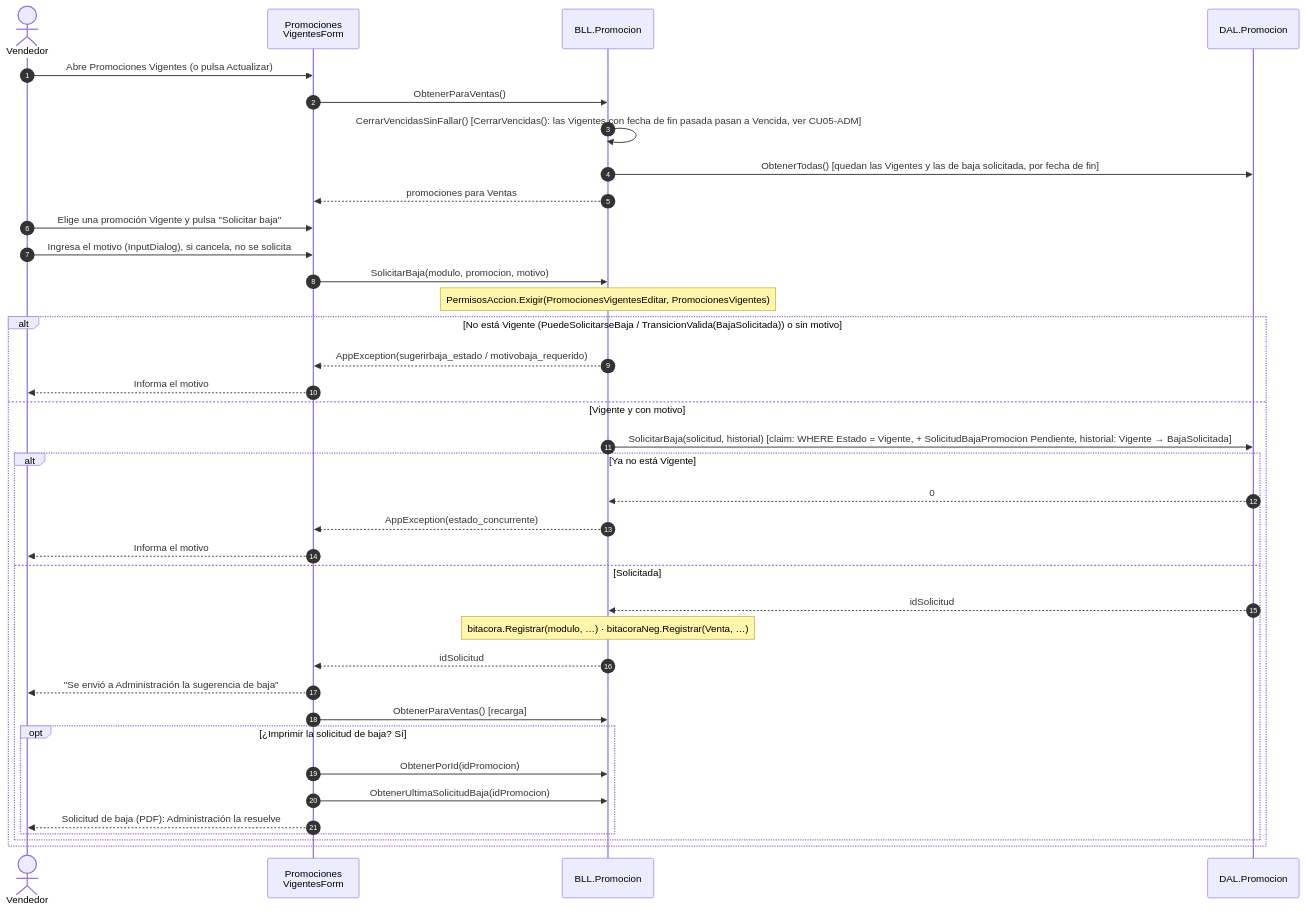
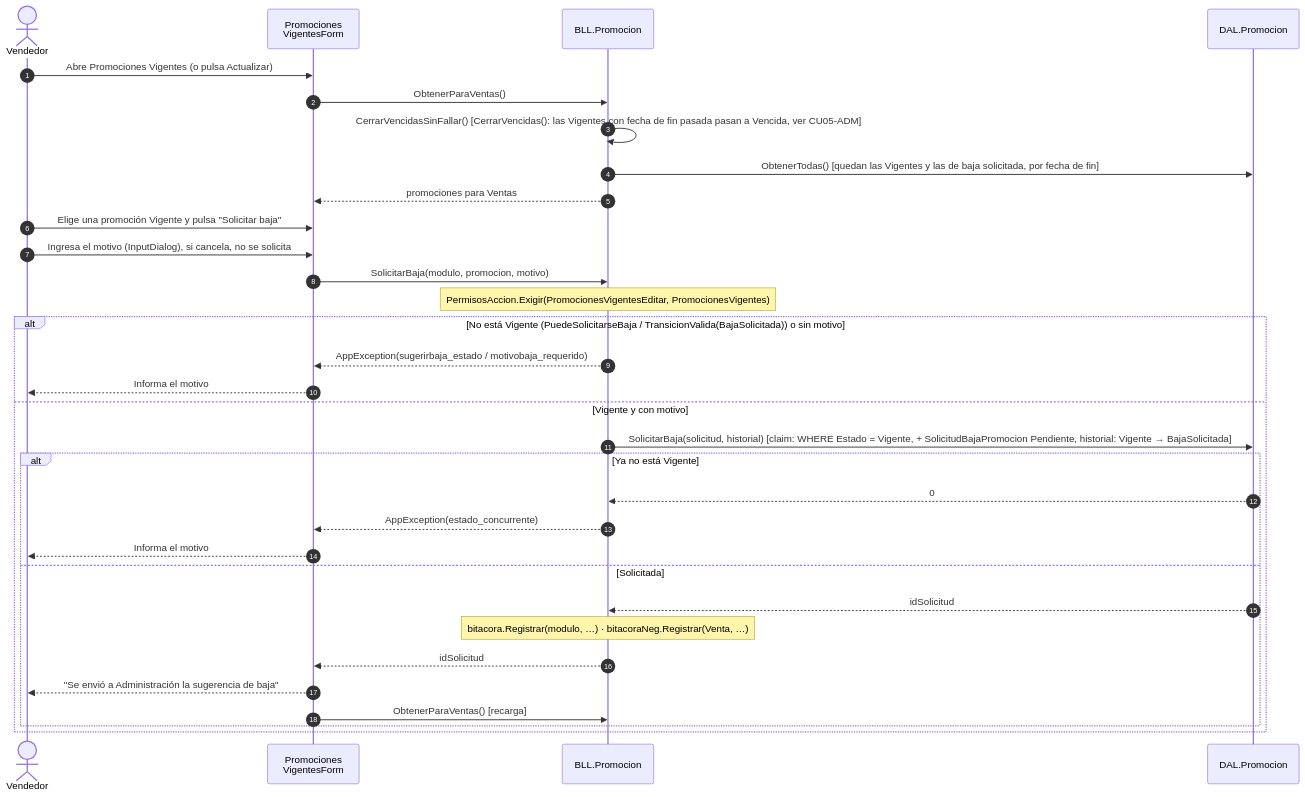
The diagram in docs/diagramas/mermaid/DSS_PN03_CU01_VEN_SugerirBaja.mmd (valentinamorana/Trabajo-de-Diploma), drawn with Mermaid before and after one commit. The commit also changed 33 other files, not shown here.

```diff
--- a/docs/diagramas/mermaid/DSS_PN03_CU01_VEN_SugerirBaja.mmd
+++ b/docs/diagramas/mermaid/DSS_PN03_CU01_VEN_SugerirBaja.mmd
@@ -1,37 +1,32 @@
 sequenceDiagram
   autonumber
   actor V as Vendedor
   participant F as Promociones<br/>VigentesForm
   participant B as BLL.Promocion
   participant D as DAL.Promocion
   V->>F: Abre Promociones Vigentes (o pulsa Actualizar)
   F->>B: ObtenerParaVentas()
   B->>B: CerrarVencidasSinFallar()  [CerrarVencidas(): las Vigentes con fecha de fin pasada pasan a Vencida, ver CU05-ADM]
   B->>D: ObtenerTodas()  [quedan las Vigentes y las de baja solicitada, por fecha de fin]
   B-->>F: promociones para Ventas
   V->>F: Elige una promoción Vigente y pulsa "Solicitar baja"
   V->>F: Ingresa el motivo (InputDialog), si cancela, no se solicita
   F->>B: SolicitarBaja(modulo, promocion, motivo)
   Note over B: PermisosAccion.Exigir(PromocionesVigentesEditar, PromocionesVigentes)
   alt No está Vigente (PuedeSolicitarseBaja / TransicionValida(BajaSolicitada)) o sin motivo
     B-->>F: AppException(sugerirbaja_estado / motivobaja_requerido)
     F-->>V: Informa el motivo
   else Vigente y con motivo
     B->>D: SolicitarBaja(solicitud, historial)  [claim: WHERE Estado = Vigente, + SolicitudBajaPromocion Pendiente, historial: Vigente → BajaSolicitada]
     alt Ya no está Vigente
       D-->>B: 0
       B-->>F: AppException(estado_concurrente)
       F-->>V: Informa el motivo
     else Solicitada
       D-->>B: idSolicitud
       Note over B: bitacora.Registrar(modulo, …) · bitacoraNeg.Registrar(Venta, …)
       B-->>F: idSolicitud
       F-->>V: "Se envió a Administración la sugerencia de baja"
       F->>B: ObtenerParaVentas()  [recarga]
-      opt ¿Imprimir la solicitud de baja? Sí
-        F->>B: ObtenerPorId(idPromocion)
-        F->>B: ObtenerUltimaSolicitudBaja(idPromocion)
-        F-->>V: Solicitud de baja (PDF): Administración la resuelve
-      end
     end
   end
```
